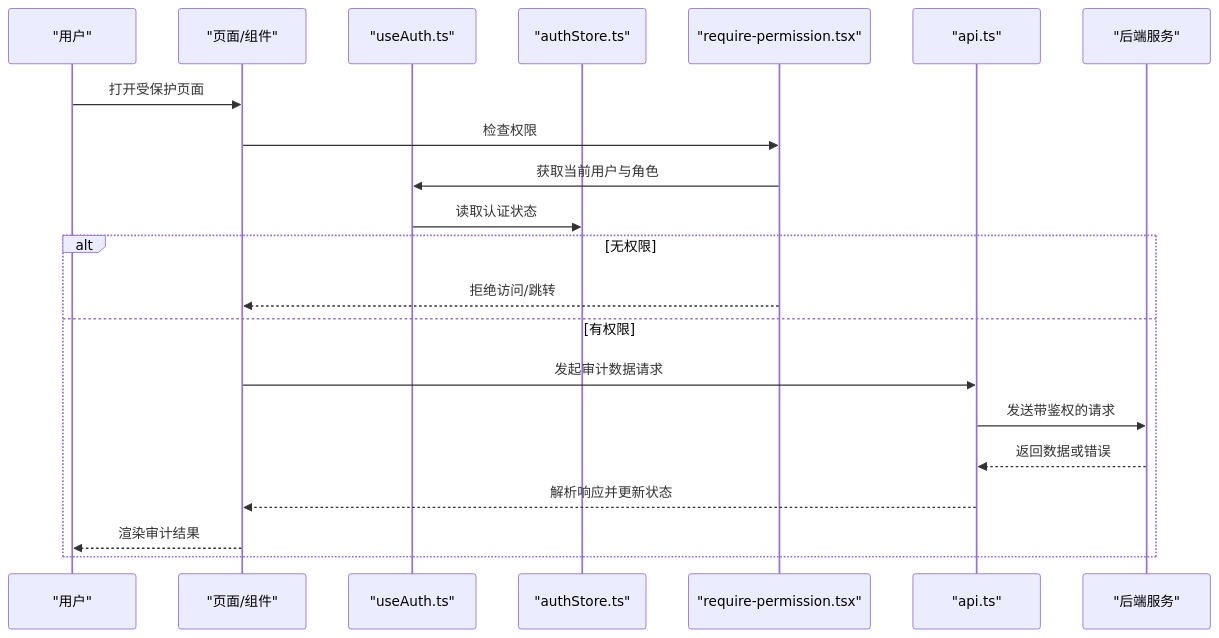
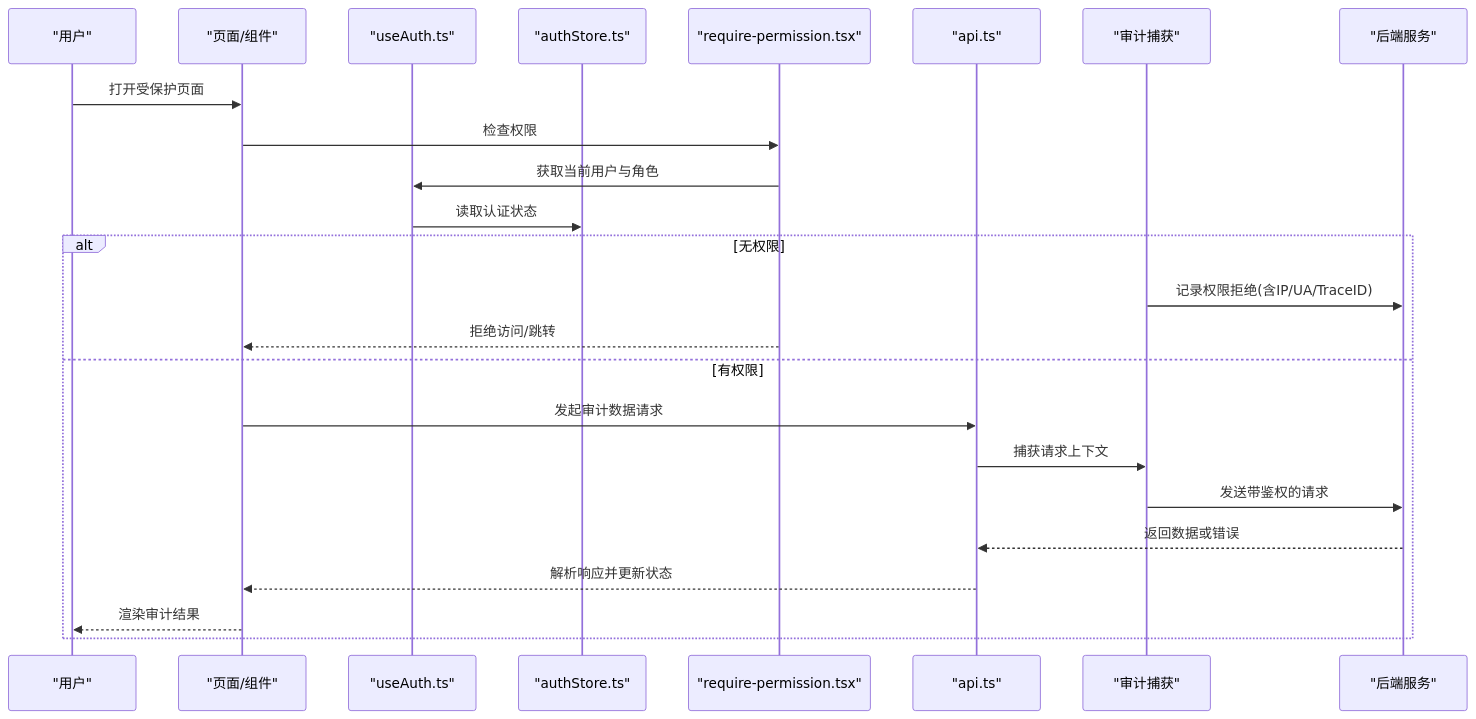
The third of 6 diagrams in .qoder/repowiki/zh/content/核心模块/审计日志系统.md (Damao997/newproject), drawn with Mermaid before and after one commit. The commit also changed other lines of this file and 26 other files, not shown here.

````diff
--- a/.qoder/repowiki/zh/content/核心模块/审计日志系统.md
+++ b/.qoder/repowiki/zh/content/核心模块/审计日志系统.md
@@ -145,23 +155,26 @@
 ```mermaid
 sequenceDiagram
 participant U as "用户"
 participant UI as "页面/组件"
 participant Auth as "useAuth.ts"
 participant Store as "authStore.ts"
 participant Guard as "require-permission.tsx"
 participant API as "api.ts"
+participant Audit as "审计捕获"
 participant BE as "后端服务"
 U->>UI : 打开受保护页面
 UI->>Guard : 检查权限
 Guard->>Auth : 获取当前用户与角色
 Auth->>Store : 读取认证状态
 alt 无权限
+Audit->>BE : 记录权限拒绝(含IP/UA/TraceID)
 Guard-->>UI : 拒绝访问/跳转
 else 有权限
 UI->>API : 发起审计数据请求
-API->>BE : 发送带鉴权的请求
+API->>Audit : 捕获请求上下文
+Audit->>BE : 发送带鉴权的请求
 BE-->>API : 返回数据或错误
 API-->>UI : 解析响应并更新状态
 UI-->>U : 渲染审计结果
 end
 ```
````
